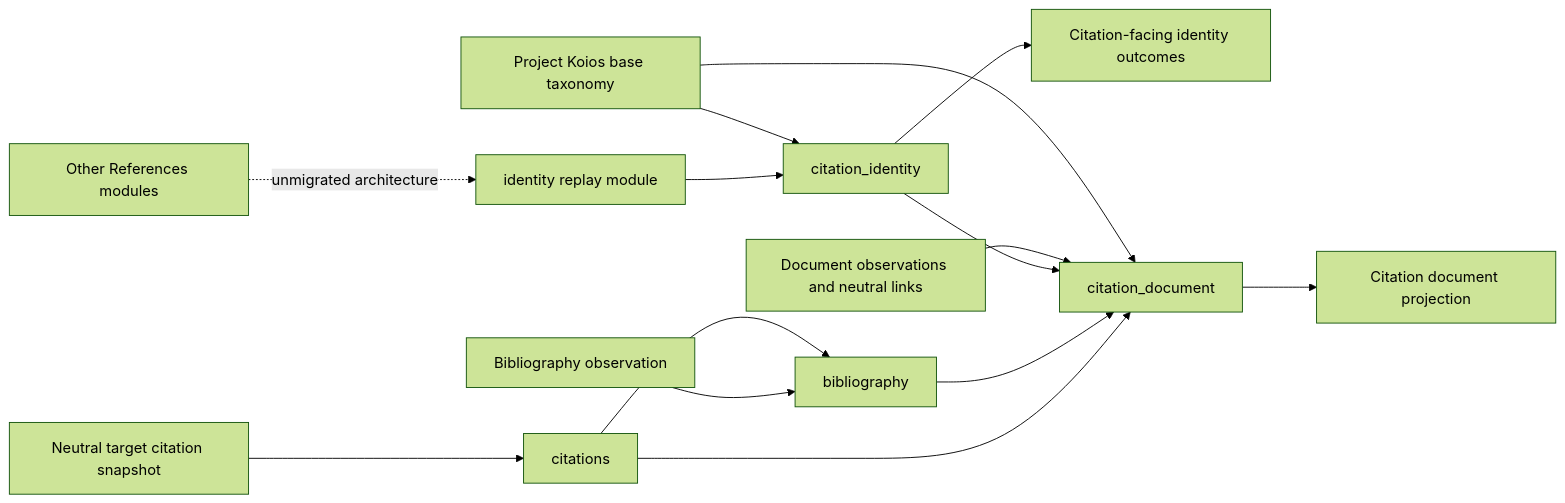
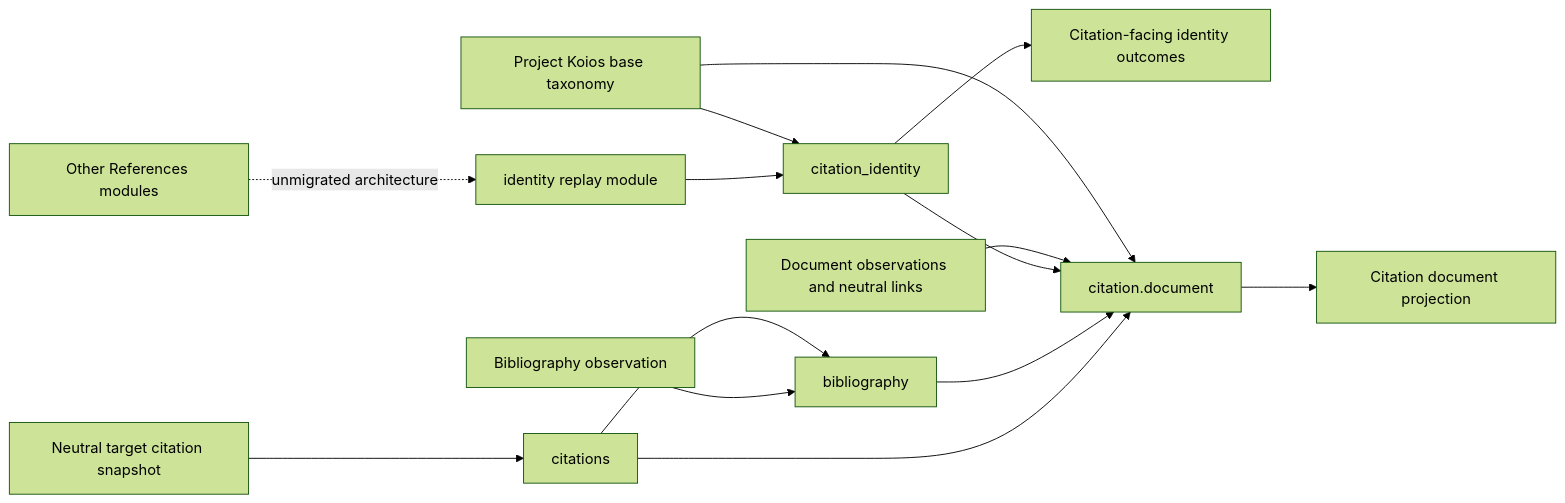
The diagram in docs/architecture/projectkoios/references/schematic.md (eragasa/projectkoios-references), drawn with Mermaid (forest theme) before and after one commit. The commit also changed other lines of this file and 35 other files, not shown here.

Commit message:
refactor: nest citation document by domain

````diff
--- a/docs/architecture/projectkoios/references/schematic.md
+++ b/docs/architecture/projectkoios/references/schematic.md
@@ -6,16 +6,16 @@
 ```mermaid
 flowchart LR
     I[identity replay module] --> P[citation_identity]
     P --> O[Citation-facing identity outcomes]
     T[Neutral target citation snapshot] --> C[citations]
     O2[Bibliography observation] --> G[bibliography]
     C --> G
-    C --> D[citation_document]
+    C --> D[citation.document]
     G --> D
     P --> D
     E[Document observations and neutral links] --> D
     D --> R[Citation document projection]
     B[Project Koios base taxonomy] --> P
     B --> D
     U[Other References modules] -. unmigrated architecture .-> I
 ```
````
